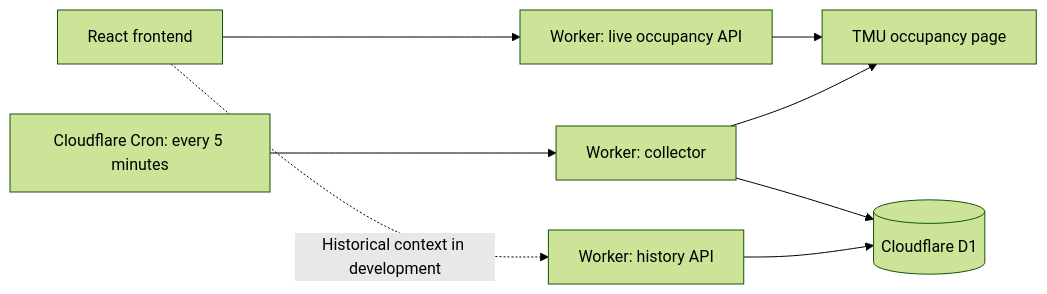
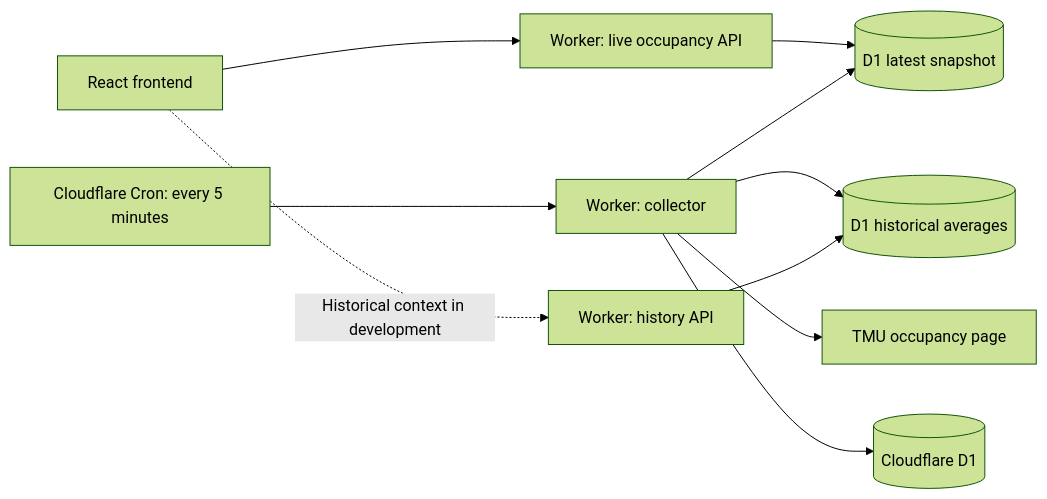
One commit to maibrandon/tmu-gym-status changed the diagram in README.md. Above: the diagram before and after it, drawn with Mermaid (forest theme). The commit also changed other lines of this file and 10 other files, not shown here.

Commit message:
Serve shared occupancy snapshots and precompute history

````diff
--- a/README.md
+++ b/README.md
@@ -25,10 +25,12 @@
 ```mermaid
 flowchart LR
     Browser[React frontend] --> Live[Worker: live occupancy API]
-    Live --> TMU[TMU occupancy page]
+    Live --> Snapshot[(D1 latest snapshot)]
     Cron[Cloudflare Cron: every 5 minutes] --> Collector[Worker: collector]
-    Collector --> TMU
+    Collector --> TMU[TMU occupancy page]
+    Collector --> Snapshot
+    Collector --> Averages[(D1 historical averages)]
     Collector --> DB[(Cloudflare D1)]
     Browser -. Historical context in development .-> History[Worker: history API]
-    History --> DB
+    History --> Averages
 ```
````
